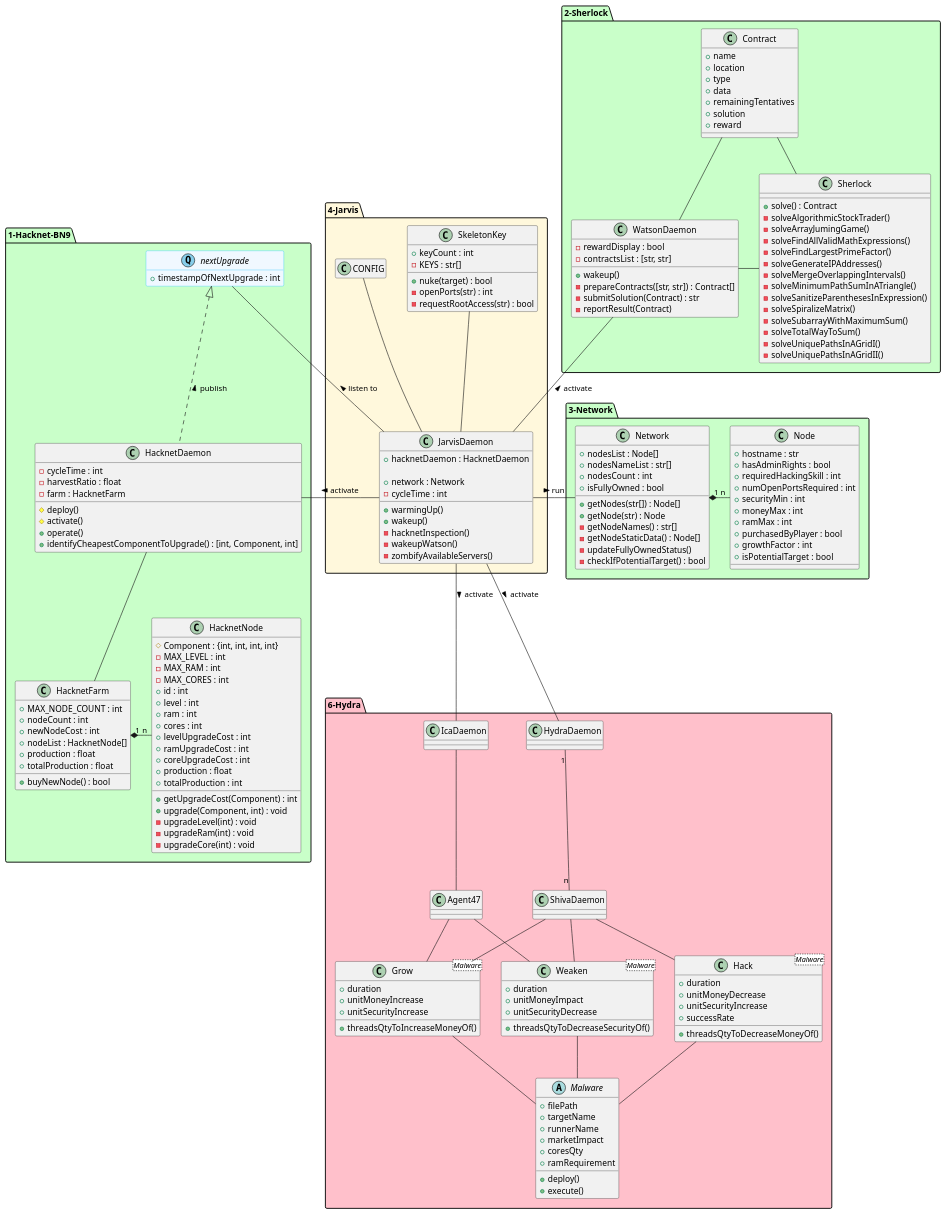
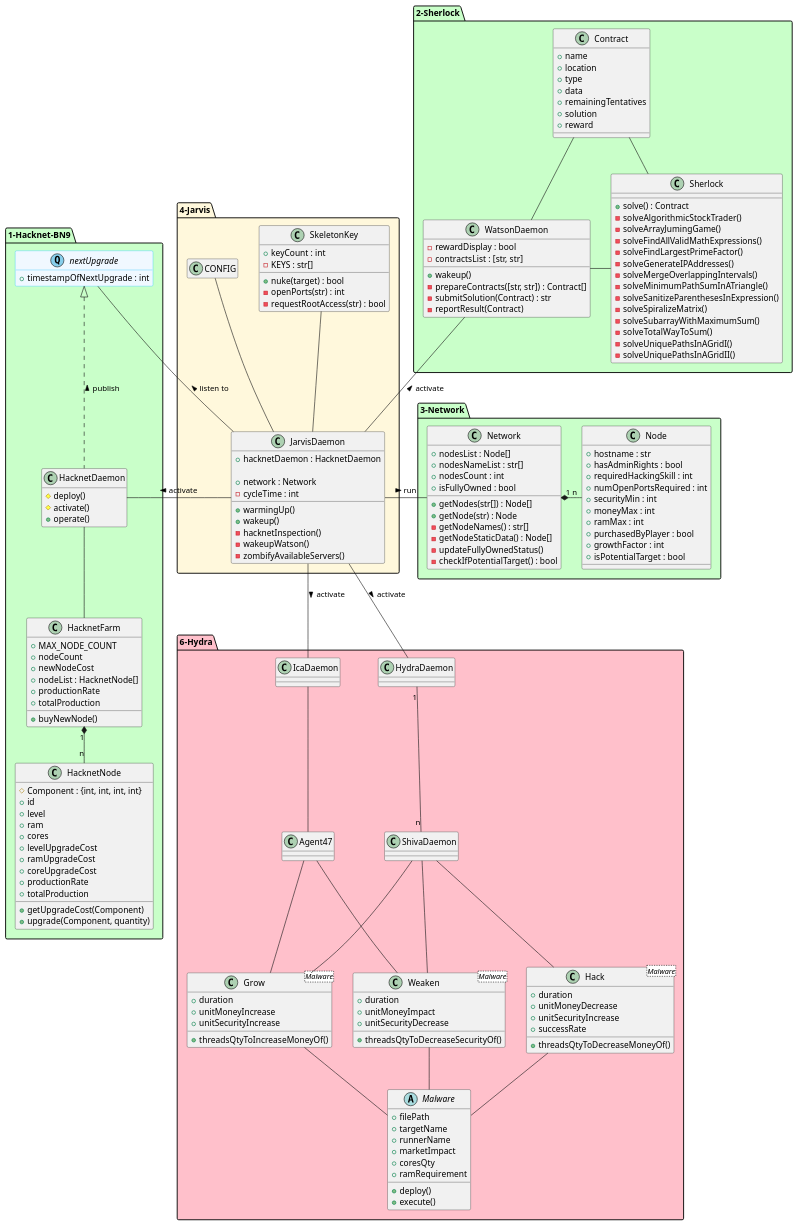
The diagram in assets/classdiagram.iuml (Desvart/bitburner), drawn with PlantUML before and after one commit.

Commit message:
Update with last model of Hacknet module

```diff
--- a/assets/classdiagram.iuml
+++ b/assets/classdiagram.iuml
@@ -12,53 +12,37 @@
   'entity hacknet <<F, lawngreen>> #technology;line:green {}
 
   class HacknetDaemon {
-    -cycleTime : int
-    -harvestRatio : float
-    -farm : HacknetFarm
-    
     #deploy()
     #activate()
     +operate()
-    +identifyCheapestComponentToUpgrade() : [int, Component, int]
   }
 
   class HacknetFarm {
-    +MAX_NODE_COUNT : int
-    +nodeCount : int
-    +newNodeCost : int
+    +MAX_NODE_COUNT
+    +nodeCount
+    +newNodeCost
     +nodeList : HacknetNode[]
-    +production : float
-    +totalProduction : float
+    +productionRate
+    +totalProduction
 
-    +buyNewNode() : bool
+    +buyNewNode()
   }
 
-  'class HacknetNode <HacknetEntity> {
   class HacknetNode {
     #Component : {int, int, int, int}
-    -MAX_LEVEL : int
-    -MAX_RAM : int
-    -MAX_CORES : int
-    +id : int
-    '+investment
-    +level : int
-    +ram : int
-    +cores : int
-    +levelUpgradeCost : int
-    +ramUpgradeCost : int
-    +coreUpgradeCost : int
-    +production : float
-    +totalProduction : int
+    +id
+    +level
+    +ram
+    +cores
+    +levelUpgradeCost
+    +ramUpgradeCost
+    +coreUpgradeCost
+    +productionRate
+    +totalProduction
 
-    +getUpgradeCost(Component) : int
-    +upgrade(Component, int) : void
-    -upgradeLevel(int) : void
-    -upgradeRam(int) : void
-    -upgradeCore(int) : void
-  }  
-
-  'class HacknetServer <HacknetEntity> {} 
-  'abstract class HacknetEntity {}
+    +getUpgradeCost(Component)
+    +upgrade(Component, quantity)
+  }
 }
 
 package 2-Sherlock #technology{
@@ -252,7 +236,7 @@
 'HACKNET'
 HacknetDaemon     -- HacknetFarm
 HacknetDaemon     .u.|> nextUpgrade : > publish
-HacknetFarm   "1" *-r- "n" HacknetNode
+HacknetFarm   "1" *-d- "n" HacknetNode
 
 'CONTRACTS'
 WatsonDaemon -u- Contract
```
